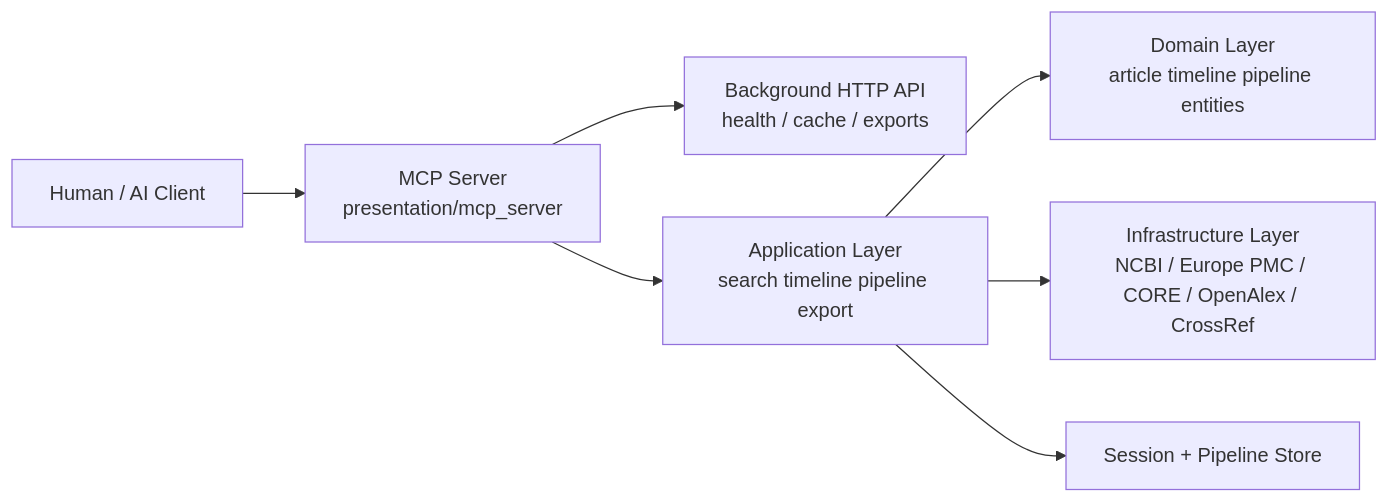
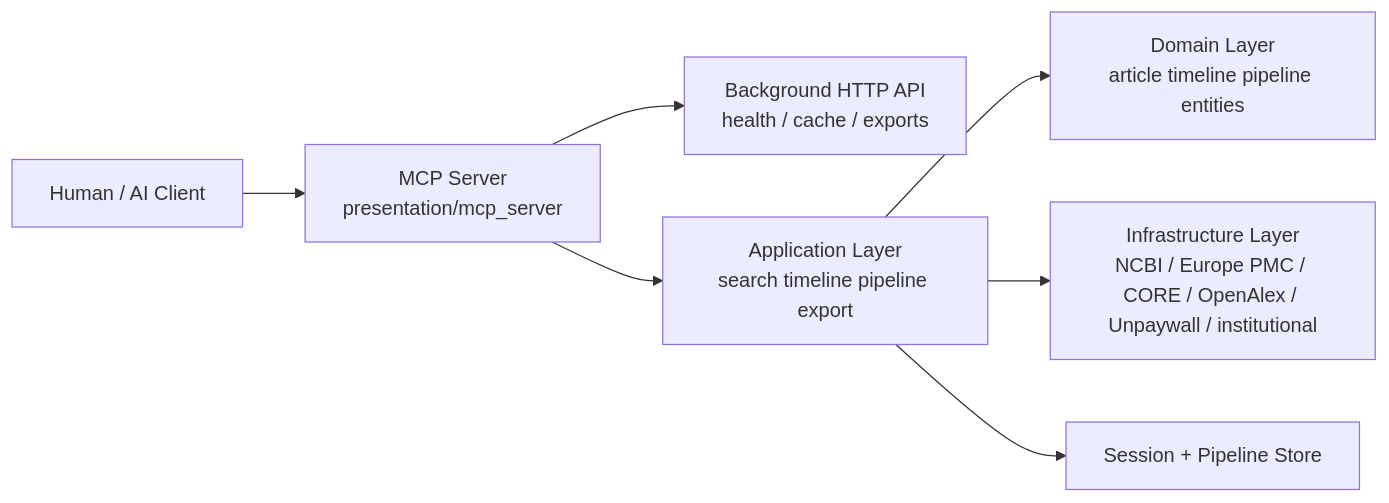
The third of 11 diagrams in ARCHITECTURE.md (u9401066/pubmed-search-mcp), drawn with Mermaid before and after one commit. The commit also changed other lines of this file and 53 other files, not shown here.

````diff
--- a/ARCHITECTURE.md
+++ b/ARCHITECTURE.md
@@ -102,17 +102,17 @@
 ```mermaid
 flowchart LR
   Client[Human / AI Client]
   MCP[MCP Server<br/>presentation/mcp_server]
   API[Background HTTP API<br/>health / cache / exports]
   App[Application Layer<br/>search timeline pipeline export]
   Domain[Domain Layer<br/>article timeline pipeline entities]
-  Infra[Infrastructure Layer<br/>NCBI / Europe PMC / CORE / OpenAlex / CrossRef]
+  Infra[Infrastructure Layer<br/>NCBI / Europe PMC / CORE / OpenAlex / Unpaywall / institutional]
   Store[Session + Pipeline Store]
 
   Client --> MCP
   MCP --> App
   MCP --> API
   App --> Domain
   App --> Infra
   App --> Store
 ```
````
